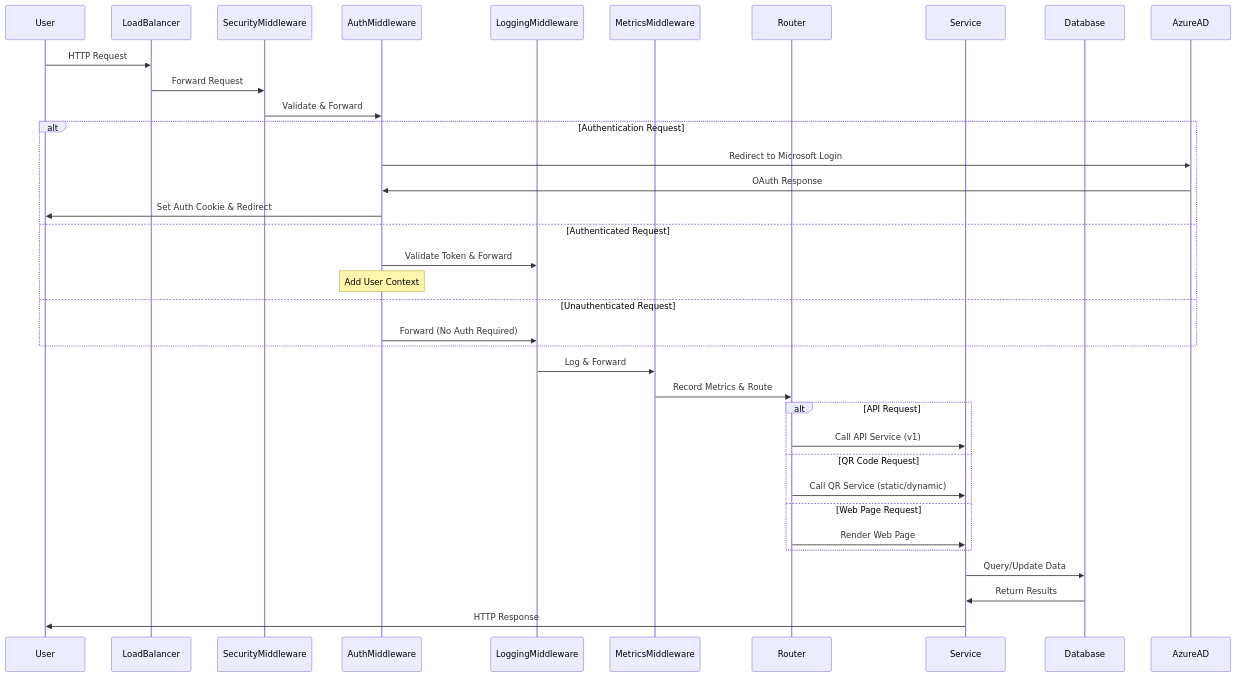
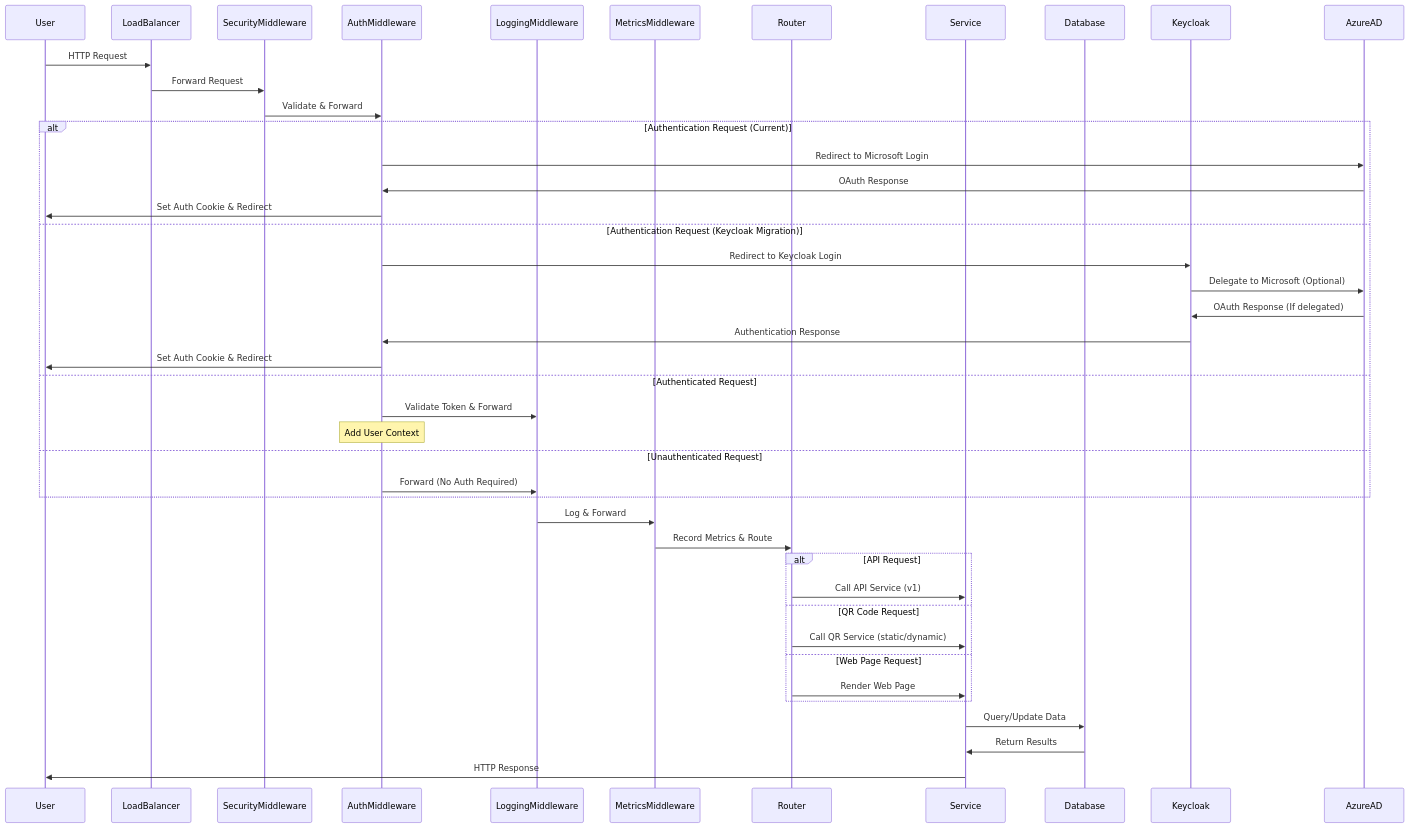
The third of 10 diagrams in STORY.md (gsinghjay/mvp_qr_gen), drawn with Mermaid before and after one commit. The commit also changed other lines of this file, not shown here.

Commit message:
docs: update system documentation to include Keycloak migration

````diff
--- a/STORY.md
+++ b/STORY.md
@@ -71,43 +76,50 @@
 ```mermaid
 sequenceDiagram
     participant User
     participant LoadBalancer
     participant SecurityMiddleware
     participant AuthMiddleware
     participant LoggingMiddleware
     participant MetricsMiddleware
     participant Router
     participant Service
     participant Database
+    participant Keycloak
     participant AzureAD
     
     User->>LoadBalancer: HTTP Request
     LoadBalancer->>SecurityMiddleware: Forward Request
     SecurityMiddleware->>AuthMiddleware: Validate & Forward
     
-    alt Authentication Request
+    alt Authentication Request (Current)
         AuthMiddleware->>AzureAD: Redirect to Microsoft Login
         AzureAD->>AuthMiddleware: OAuth Response
+        AuthMiddleware->>User: Set Auth Cookie & Redirect
+    else Authentication Request (Keycloak Migration)
+        AuthMiddleware->>Keycloak: Redirect to Keycloak Login
+        Keycloak->>AzureAD: Delegate to Microsoft (Optional)
+        AzureAD->>Keycloak: OAuth Response (If delegated)
+        Keycloak->>AuthMiddleware: Authentication Response
         AuthMiddleware->>User: Set Auth Cookie & Redirect
     else Authenticated Request
         AuthMiddleware->>LoggingMiddleware: Validate Token & Forward
         Note over AuthMiddleware: Add User Context
     else Unauthenticated Request
         AuthMiddleware->>LoggingMiddleware: Forward (No Auth Required)
     end
     
     LoggingMiddleware->>MetricsMiddleware: Log & Forward
     MetricsMiddleware->>Router: Record Metrics & Route
     
     alt API Request
         Router->>Service: Call API Service (v1)
     else QR Code Request
         Router->>Service: Call QR Service (static/dynamic)
     else Web Page Request
         Router->>Service: Render Web Page
     end
     
     Service->>Database: Query/Update Data
     Database->>Service: Return Results
     Service->>User: HTTP Response
 ```
````
